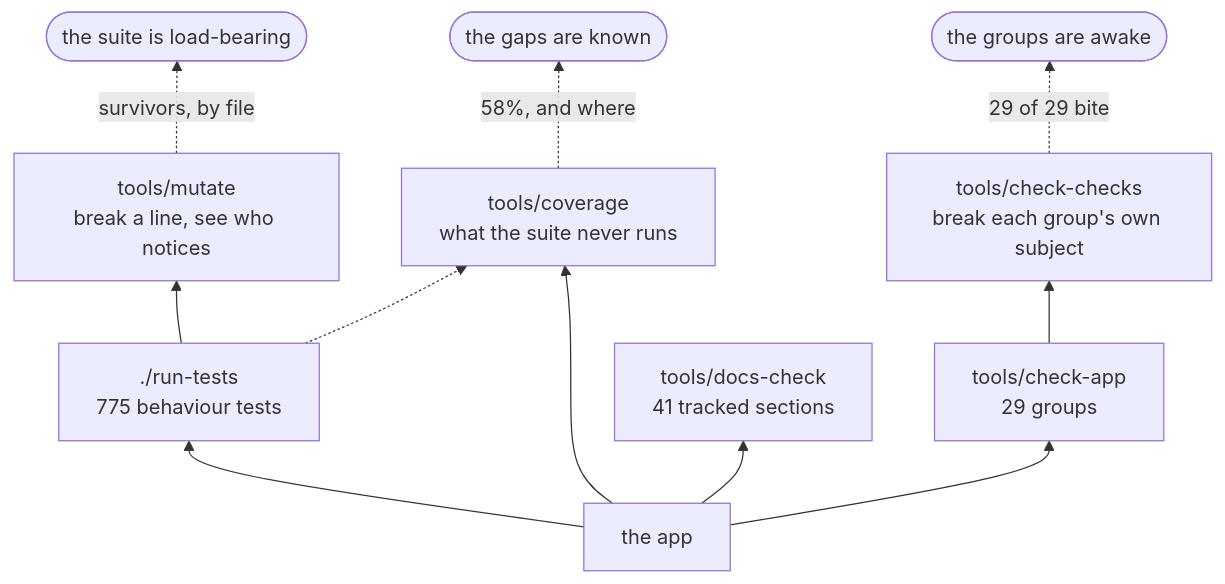
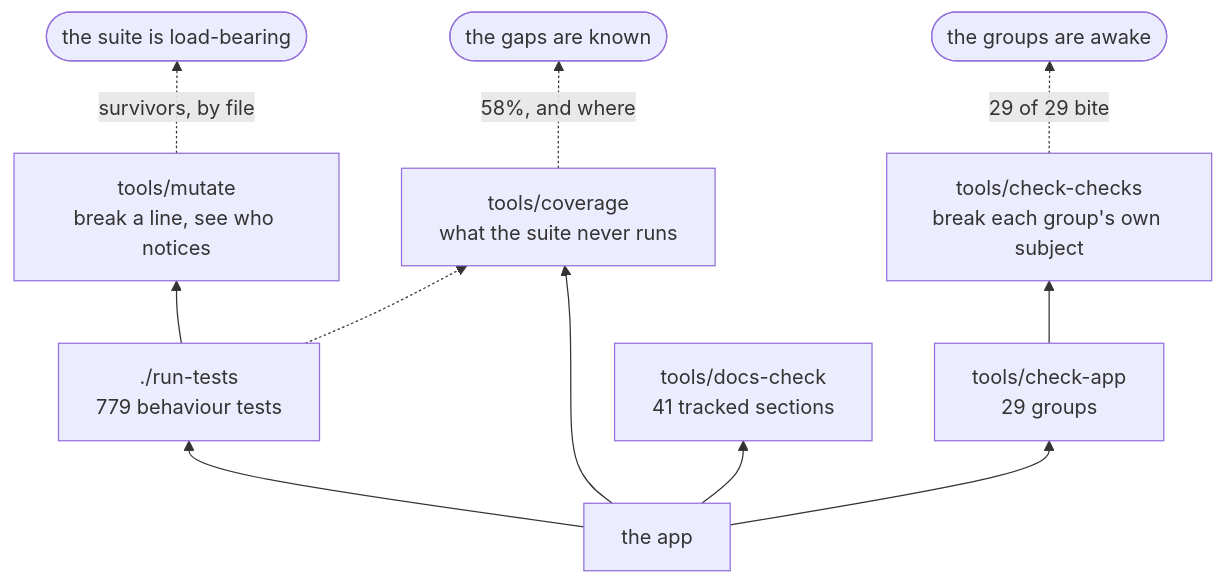
Before and after one commit to minormending/crystal-pilot-mobile: the second of 2 diagrams in docs/DEVELOPING.md, drawn with Mermaid. The commit also changed other lines of this file and 2 other files, not shown here.

````diff
--- a/docs/DEVELOPING.md
+++ b/docs/DEVELOPING.md
@@ -127,13 +127,13 @@
 ```mermaid
 flowchart BT
-    C["the app"] --> T["./run-tests<br/>775 behaviour tests"]
+    C["the app"] --> T["./run-tests<br/>779 behaviour tests"]
     C --> A["tools/check-app<br/>29 groups"]
     C --> D["tools/docs-check<br/>41 tracked sections"]
     C --> V["tools/coverage<br/>what the suite never runs"]
     T --> M["tools/mutate<br/>break a line, see who notices"]
     A --> K["tools/check-checks<br/>break each group's own subject"]
     T -.-> V
     M -.->|"survivors, by file"| R(["the suite is load-bearing"])
     K -.->|"29 of 29 bite"| R2(["the groups are awake"])
     V -.->|"58%, and where"| R3(["the gaps are known"])
 ```
````
